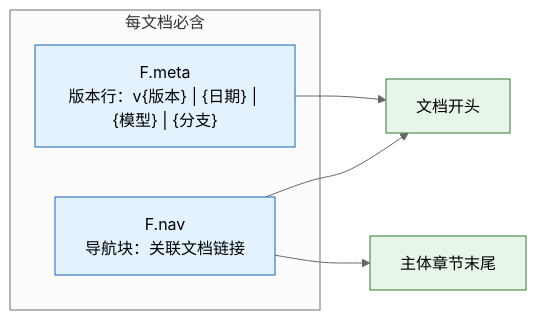
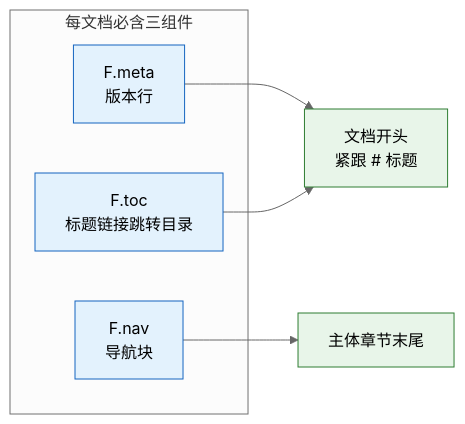
Before and after one commit to effiy/YrY: the second of 11 diagrams in rules/doc-generation.md, drawn with Mermaid (neutral theme). The commit also changed other lines of this file and 20 other files, not shown here.

````diff
--- a/rules/doc-generation.md
+++ b/rules/doc-generation.md
@@ -84,13 +92,14 @@
 ```mermaid
 flowchart LR
-    subgraph 必含["每文档必含"]
-        META["F.meta<br/>版本行：v{版本} | {日期} | {模型} | {分支}"]:::must
-        NAV["F.nav<br/>导航块：关联文档链接"]:::must
+    subgraph 必含["每文档必含三组件"]
+        META["F.meta<br/>版本行"]:::must
+        TOC["F.toc<br/>标题链接跳转目录"]:::must
+        NAV["F.nav<br/>导航块"]:::must
     end
-    META --> DOC["文档开头"]:::out
-    NAV --> DOC
-    NAV --> TAIL["主体章节末尾"]:::out
+    META --> DOC_TOP["文档开头<br/>紧跟 # 标题"]:::out
+    TOC --> DOC_TOP
+    NAV --> DOC_END["主体章节末尾"]:::out
 
     classDef must fill:#e3f2fd,stroke:#1565c0;
     classDef out fill:#e8f5e9,stroke:#2e7d32;
 ```
````
